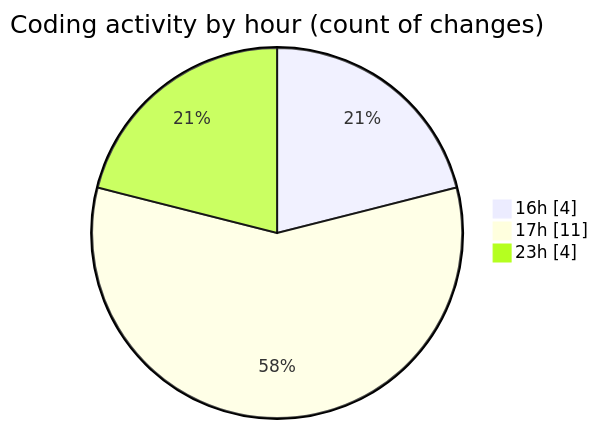
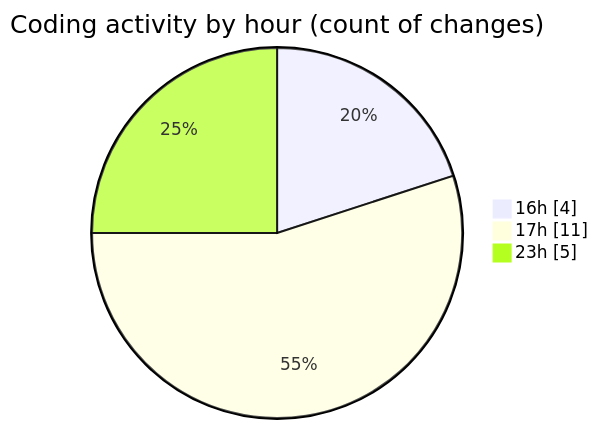
The second of 2 diagrams in 2026-04-13/cda/README.md (momahboobian/code-tracking), drawn with Mermaid before and after one commit. The commit also changed other lines of this file and 1 other file, not shown here.

````diff
--- a/2026-04-13/cda/README.md
+++ b/2026-04-13/cda/README.md
@@ -39,7 +40,7 @@
 ```mermaid
 pie showData
 title Coding activity by hour (count of changes)
 "16h" : 4
 "17h" : 11
-"23h" : 4
+"23h" : 5
 ```
````
